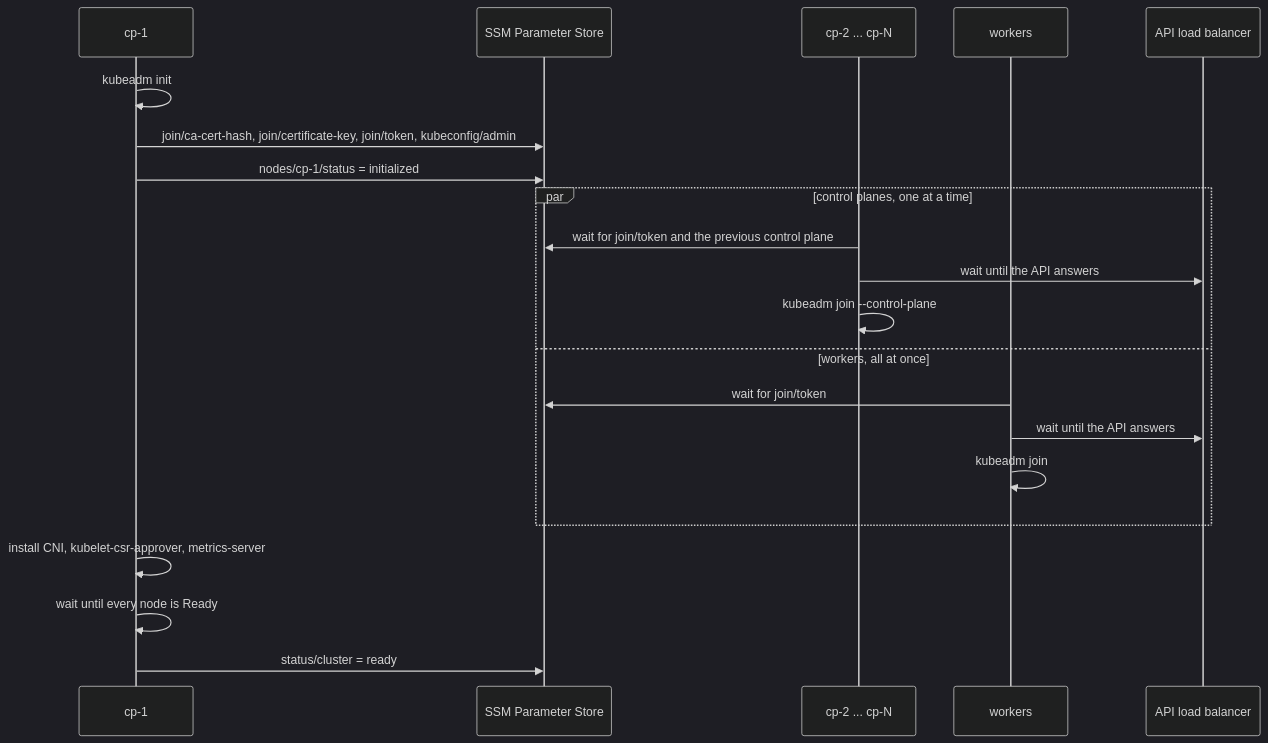
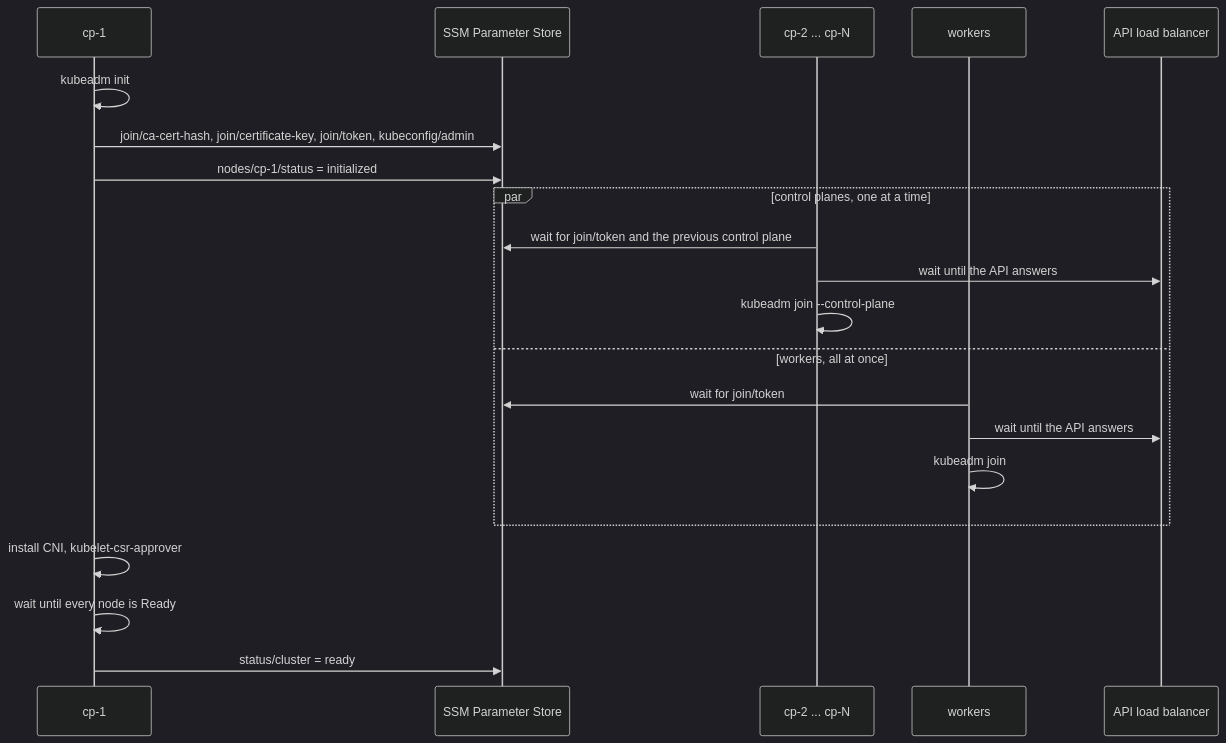
One commit to mauriciomem/kubeadm-cluster-aws changed the second of 2 diagrams in docs/architecture.md. Above: the diagram before and after it, drawn with Mermaid (dark theme). The commit also changed other lines of this file and 5 other files, not shown here.

````diff
--- a/docs/architecture.md
+++ b/docs/architecture.md
@@ -137,23 +146,23 @@
 ```mermaid
 sequenceDiagram
   participant cp1 as cp-1
   participant ssm as SSM Parameter Store
   participant cpn as cp-2 ... cp-N
   participant w as workers
   participant nlb as API load balancer
   cp1->>cp1: kubeadm init
   cp1->>ssm: join/ca-cert-hash, join/certificate-key, join/token, kubeconfig/admin
   cp1->>ssm: nodes/cp-1/status = initialized
   par control planes, one at a time
     cpn->>ssm: wait for join/token and the previous control plane
     cpn->>nlb: wait until the API answers
     cpn->>cpn: kubeadm join --control-plane
   and workers, all at once
     w->>ssm: wait for join/token
     w->>nlb: wait until the API answers
     w->>w: kubeadm join
   end
-  cp1->>cp1: install CNI, kubelet-csr-approver, metrics-server
+  cp1->>cp1: install CNI, kubelet-csr-approver
   cp1->>cp1: wait until every node is Ready
   cp1->>ssm: status/cluster = ready
 ```
````
